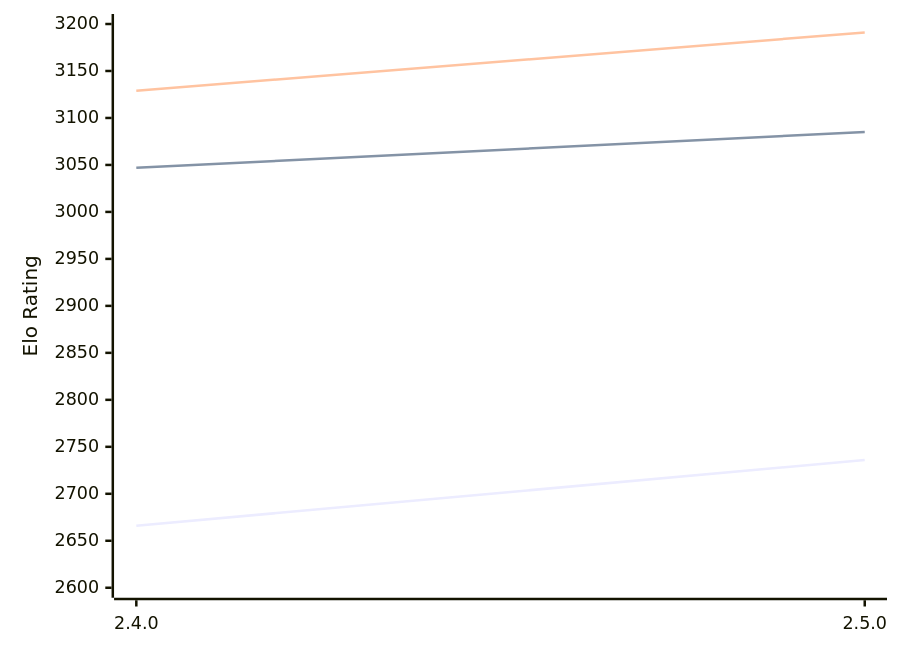
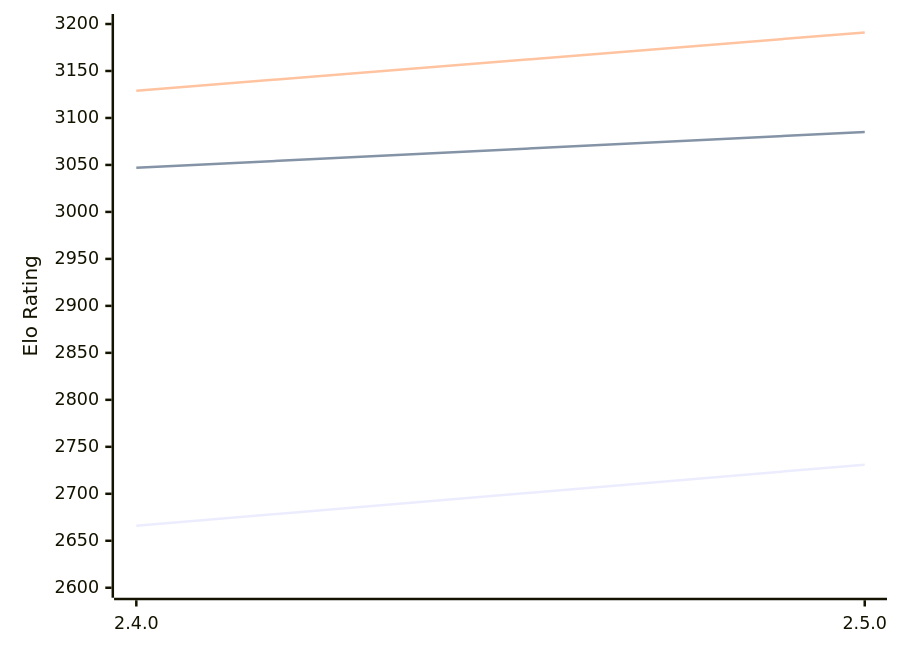
The diagram in engines/Sturddle2.md (computer-chess-index/cci), drawn with Mermaid before and after one commit. The commit also changed other lines of this file, not shown here.

````diff
--- a/engines/Sturddle2.md
+++ b/engines/Sturddle2.md
@@ -34,9 +34,9 @@
 ```mermaid
 %%{init: {"theme":"base","themeVariables":{"seriesColors:['#a3a3a3','#222221','#faa371']}}}%%
 xychart-beta
   x-axis ["2.4.0", "2.5.0"]
   y-axis "Elo Rating" 2600 --> 3200
-  line "STC (8.0+0.08s)" [2666, 2736]
+  line "STC (8.0+0.08s)" [2666, 2731]
   line "LTC (60.0+0.60s)" [3047, 3085]
   line "VLTC (2m24s+1.12s)" [3129, 3191]
 ```
````
